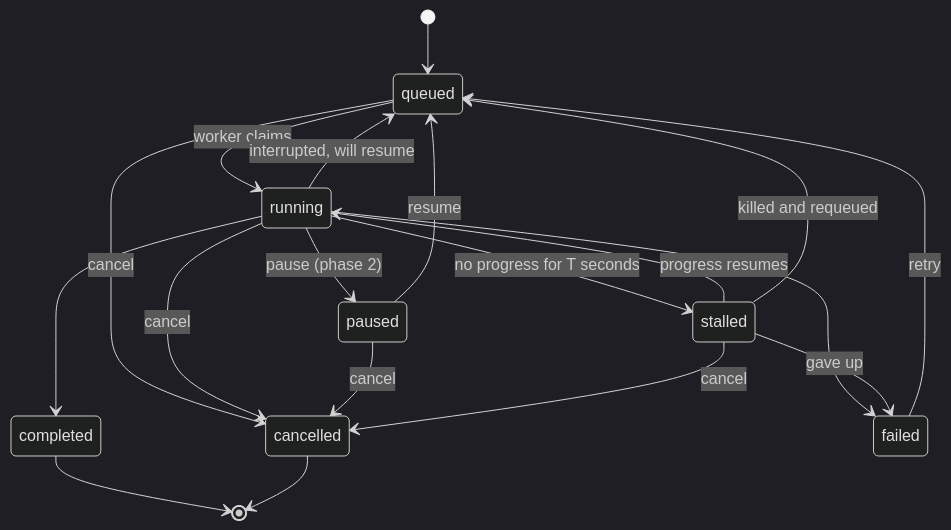
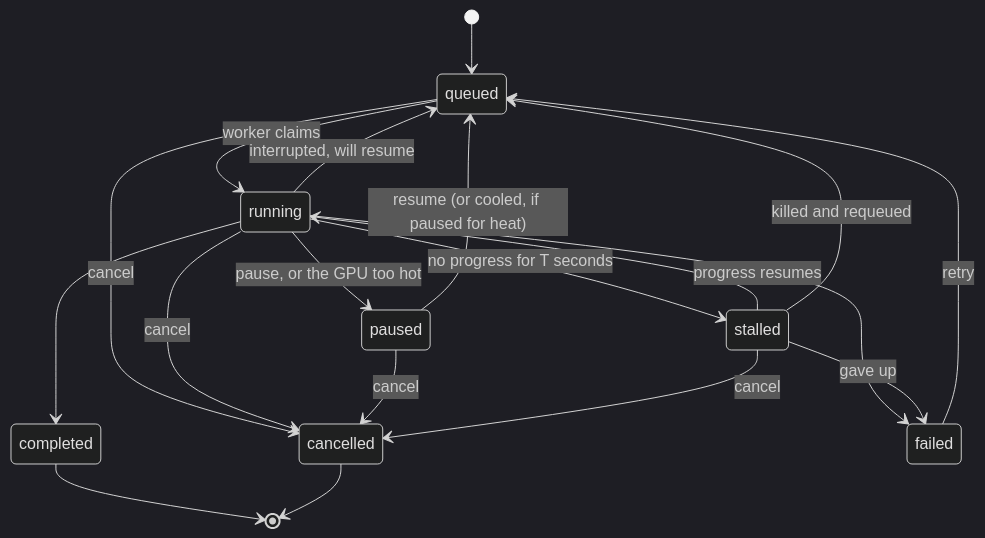
The third of 3 diagrams in docs/ARCHITECTURE.md (swaroop-rayker/Stratal), drawn with Mermaid (dark theme) before and after one commit. The commit also changed other lines of this file and 15 other files, not shown here.

First line of the commit message:
feat(RUN-1.7): watchdog marks silent stages stalled and pauses GPU jobs when hot

````diff
--- a/docs/ARCHITECTURE.md
+++ b/docs/ARCHITECTURE.md
@@ -159,21 +159,21 @@
 ```mermaid
 stateDiagram-v2
   [*] --> queued
   queued --> running: worker claims
   queued --> cancelled: cancel
   running --> completed
   running --> failed
   running --> cancelled: cancel
-  running --> paused: pause (phase 2)
+  running --> paused: pause, or the GPU too hot
   running --> stalled: no progress for T seconds
   running --> queued: interrupted, will resume
-  paused --> queued: resume
+  paused --> queued: resume (or cooled, if paused for heat)
   paused --> cancelled: cancel
   stalled --> running: progress resumes
   stalled --> failed: gave up
   stalled --> cancelled: cancel
   stalled --> queued: killed and requeued
   failed --> queued: retry
   completed --> [*]
   cancelled --> [*]
 ```
````
